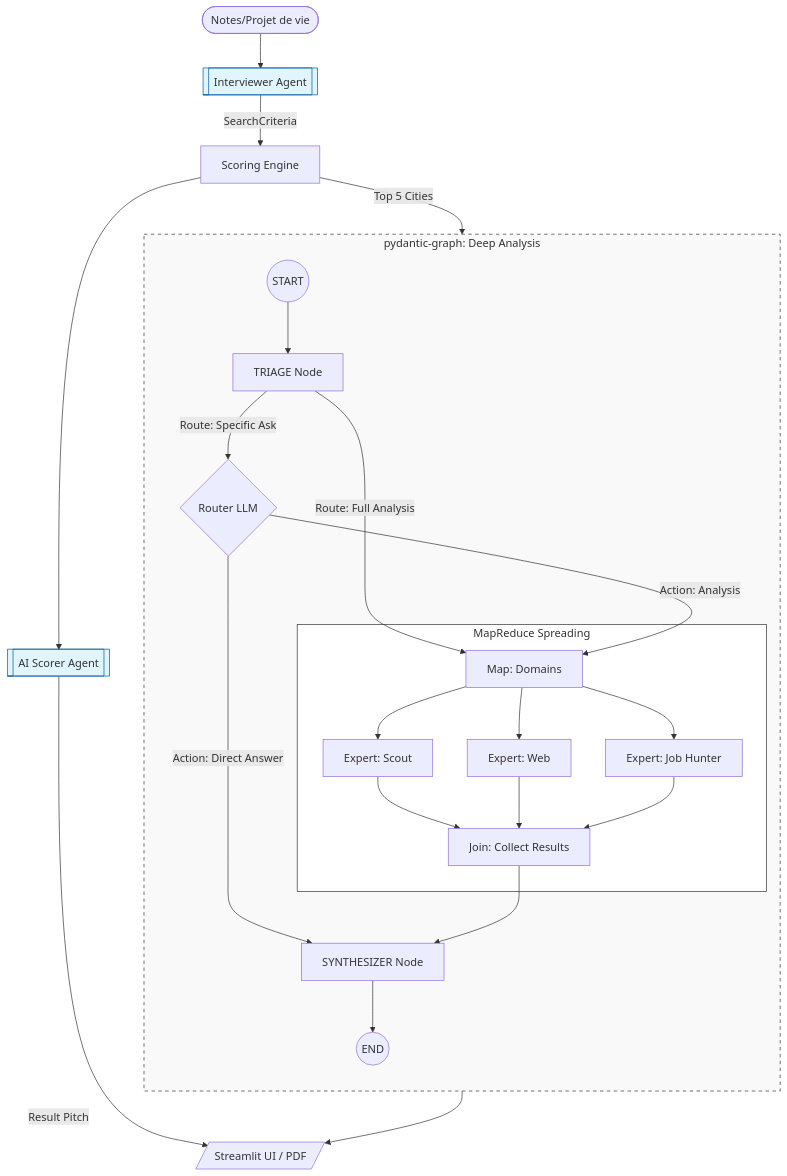
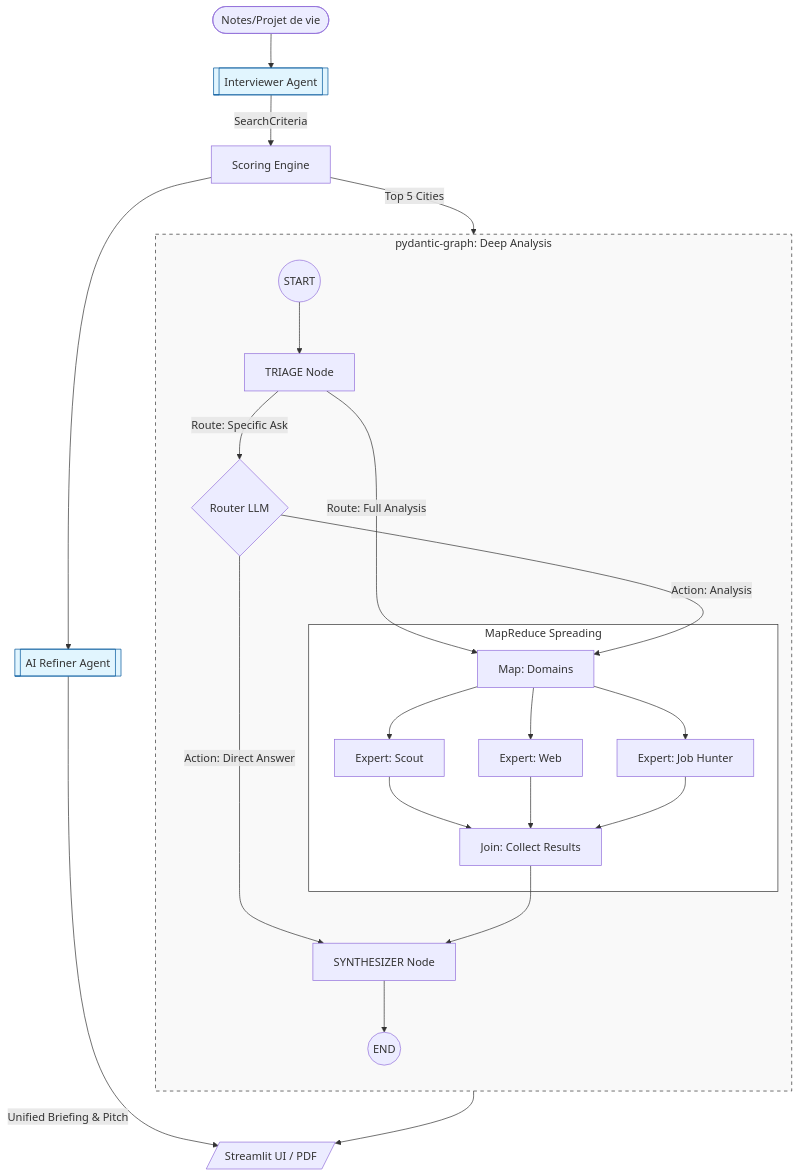
One commit to jbesan/13_odis_stream2 changed the diagram in app/agents/GRAPH_ARCHITECTURE.md. Above: the diagram before and after it, drawn with Mermaid. The commit also changed other lines of this file and 53 other files, not shown here.

````diff
--- a/app/agents/GRAPH_ARCHITECTURE.md
+++ b/app/agents/GRAPH_ARCHITECTURE.md
@@ -9,35 +9,35 @@
 ```mermaid
 graph TD
     Input([Notes/Projet de vie]) --> Interviewer[[Interviewer Agent]]
     Interviewer -->|SearchCriteria| Engine[Scoring Engine]
     Engine -->|Top 5 Cities| Graph
     
     subgraph Graph [pydantic-graph: Deep Analysis]
         direction TB
         GStart((START)) --> Triage[TRIAGE Node]
         Triage -->|Route: Specific Ask| Router{Router LLM}
         Triage -->|Route: Full Analysis| Map[Map: Domains]
         
         Router -->|Action: Analysis| Map
         Router -->|Action: Direct Answer| Synth[SYNTHESIZER Node]
         
         subgraph Parallel [MapReduce Spreading]
             Map --> S[Expert: Scout]
             Map --> W[Expert: Web]
             Map --> J[Expert: Job Hunter]
             S & W & J --> Join[Join: Collect Results]
         end
         
         Join --> Synth
         Synth --> GEnd((END))
     end
     
-    Engine --> Scorer[[AI Scorer Agent]]
+    Engine --> Refiner[[AI Refiner Agent]]
     GEnd --> UI[/Streamlit UI / PDF/]
-    Scorer -->|Result Pitch| UI
+    Refiner -->|Unified Briefing & Pitch| UI
     
     style Graph fill:#f9f9f9,stroke:#333,stroke-dasharray: 5 5
     style Interviewer fill:#e1f5fe,stroke:#01579b
-    style Scorer fill:#e1f5fe,stroke:#01579b
+    style Refiner fill:#e1f5fe,stroke:#01579b
     style Parallel fill:#fff,stroke:#333
 ```
````
